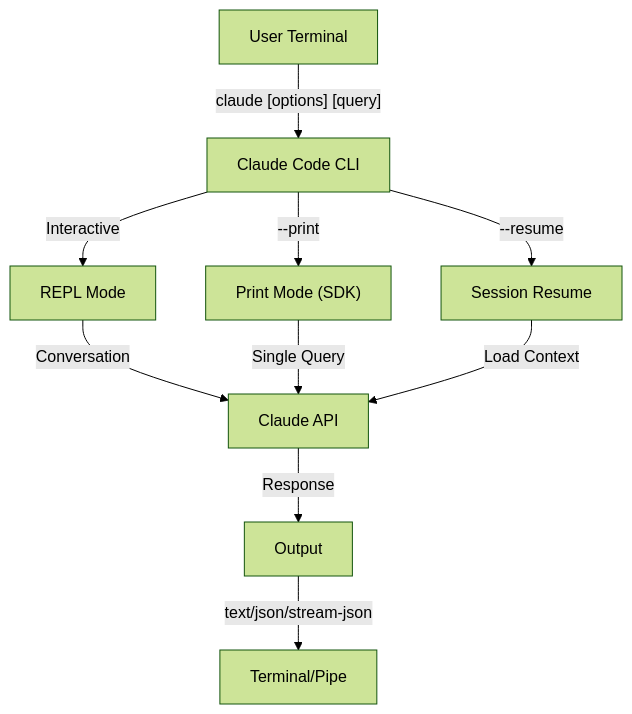
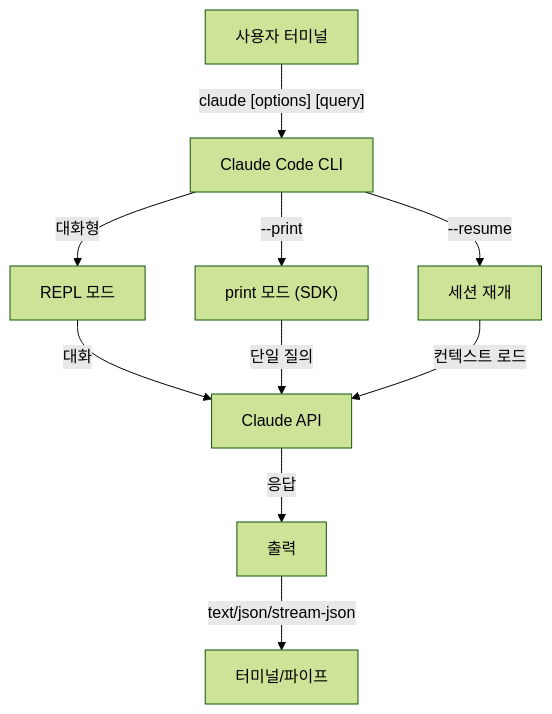
Before and after one commit to KIMDONGWHEE99/howkorean: the first of 2 diagrams in 10-cli/README.md, drawn with Mermaid (forest theme). The commit also changed other lines of this file and 1 other file, not shown here.

First line of the commit message:
docs(cli): 10-cli 레퍼런스를 한국어로 번역

````diff
--- a/10-cli/README.md
+++ b/10-cli/README.md
@@ -14,12 +14,12 @@
 ```mermaid
 graph TD
-    A["User Terminal"] -->|"claude [options] [query]"| B["Claude Code CLI"]
-    B -->|Interactive| C["REPL Mode"]
-    B -->|"--print"| D["Print Mode (SDK)"]
-    B -->|"--resume"| E["Session Resume"]
-    C -->|Conversation| F["Claude API"]
-    D -->|Single Query| F
-    E -->|Load Context| F
-    F -->|Response| G["Output"]
-    G -->|text/json/stream-json| H["Terminal/Pipe"]
+    A["사용자 터미널"] -->|"claude [options] [query]"| B["Claude Code CLI"]
+    B -->|"대화형"| C["REPL 모드"]
+    B -->|"--print"| D["print 모드 (SDK)"]
+    B -->|"--resume"| E["세션 재개"]
+    C -->|"대화"| F["Claude API"]
+    D -->|"단일 질의"| F
+    E -->|"컨텍스트 로드"| F
+    F -->|"응답"| G["출력"]
+    G -->|text/json/stream-json| H["터미널/파이프"]
 ```
````
